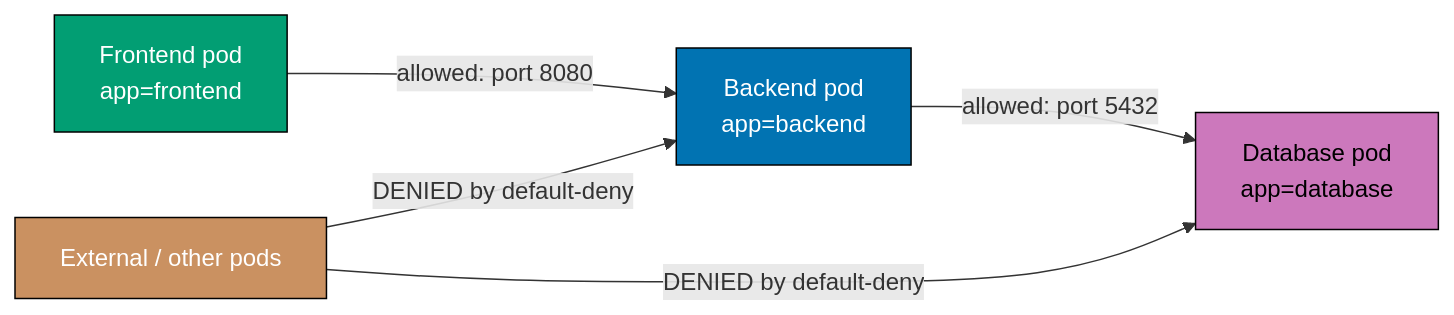
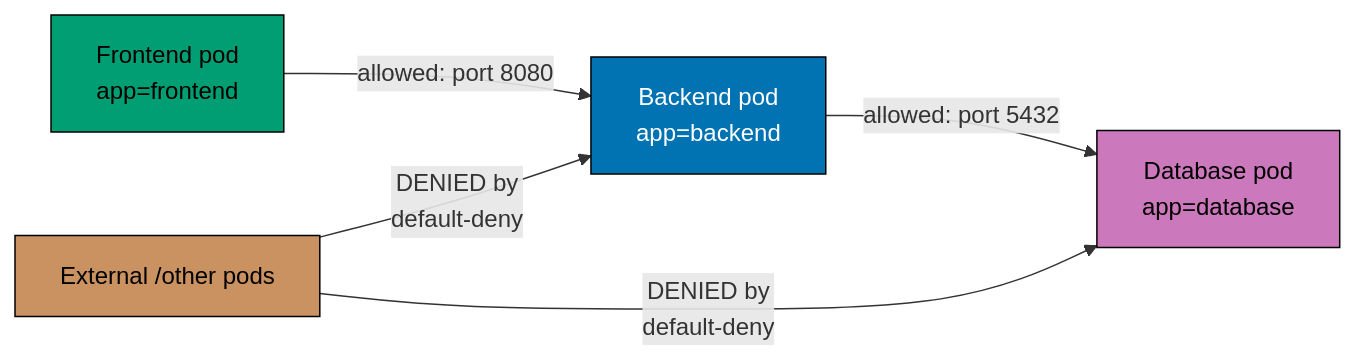
Before and after one commit to wahidyankf/ose-public: the sixth of 9 diagrams in apps/ayokoding-www/content/en/learn/legacy/software-engineering/infrastructure/tools/k3s/by-example/intermediate.md, drawn with Mermaid. The commit also changed other lines of this file and 131 other files, not shown here.

First line of the commit message:
fix(mermaid): bring the legacy data, infrastructure, and testing diagrams onto the accessible palette

````diff
--- a/apps/ayokoding-www/content/en/learn/legacy/software-engineering/infrastructure/tools/k3s/by-example/intermediate.md
+++ b/apps/ayokoding-www/content/en/learn/legacy/software-engineering/infrastructure/tools/k3s/by-example/intermediate.md
@@ -1264,18 +1295,25 @@
 ```mermaid
 %% Color Palette: Blue #0173B2, Orange #DE8F05, Teal #029E73, Purple #CC78BC, Brown #CA9161
 graph LR
+    accTitle: Example 45: NetworkPolicy — Restrict Pod-to-Pod Traffic
+    accDescr: Graph with 4 nodes and 4 connections. Nodes: Frontend pod app=frontend, Backend pod app=backend, Database pod app=database, External /other pods. Connections: Frontend pod app=frontend to Backend pod app=backend (allowed: port 8080), Backend pod app=backend to Database pod app=database (allowed: port 5432), External /other pods to Backend pod app=backend (DENIED by default-deny), External /other pods to Database pod app=database (DENIED by default-deny).
     FE["Frontend pod<br/>app=frontend"]
     BE["Backend pod<br/>app=backend"]
     DB["Database pod<br/>app=database"]
-    EXT["External / other pods"]
+    EXT["External /other pods"]
 
     FE -->|"allowed: port 8080"| BE
     BE -->|"allowed: port 5432"| DB
-    EXT -->|"DENIED by default-deny"| BE
-    EXT -->|"DENIED by default-deny"| DB
+    EXT -->|"DENIED by<br/>default-deny"| BE
+    EXT -->|"DENIED by<br/>default-deny"| DB
 
-    style FE fill:#029E73,stroke:#000,color:#fff
-    style BE fill:#0173B2,stroke:#000,color:#fff
-    style DB fill:#CC78BC,stroke:#000,color:#000
-    style EXT fill:#CA9161,stroke:#000,color:#fff
+    classDef pal-029E73 fill:#029E73,stroke:#000000,color:#000000
+    class FE pal-029E73
+    classDef pal-0173B2 fill:#0173B2,stroke:#000000,color:#FFFFFF
+    class BE pal-0173B2
+    classDef pal-CC78BC fill:#CC78BC,stroke:#000000,color:#000000
+    class DB pal-CC78BC
+    classDef pal-CA9161 fill:#CA9161,stroke:#000000,color:#000000
+    class EXT pal-CA9161
+    classDef default fill:#FFFFFF,stroke:#000000,color:#000000
 ```
````
